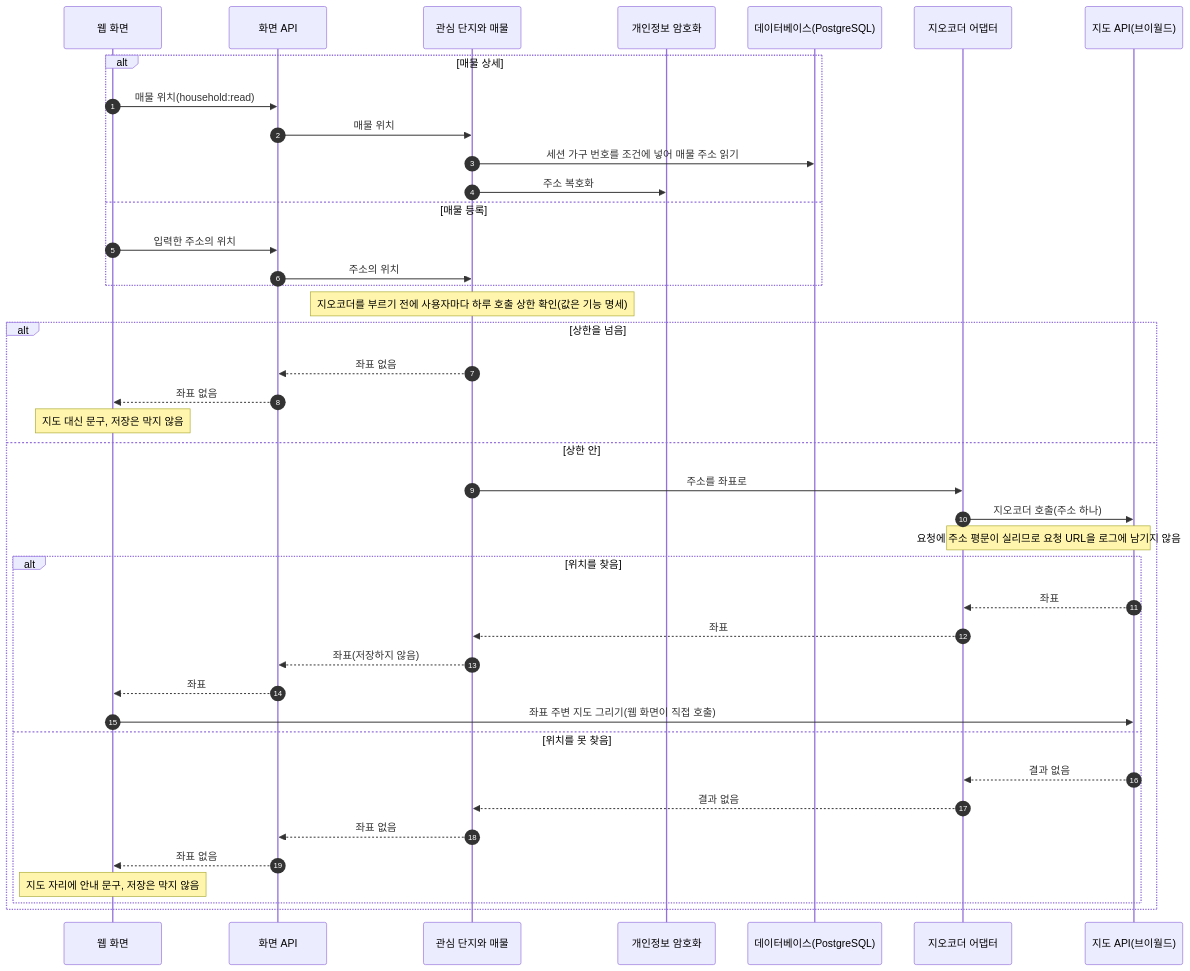
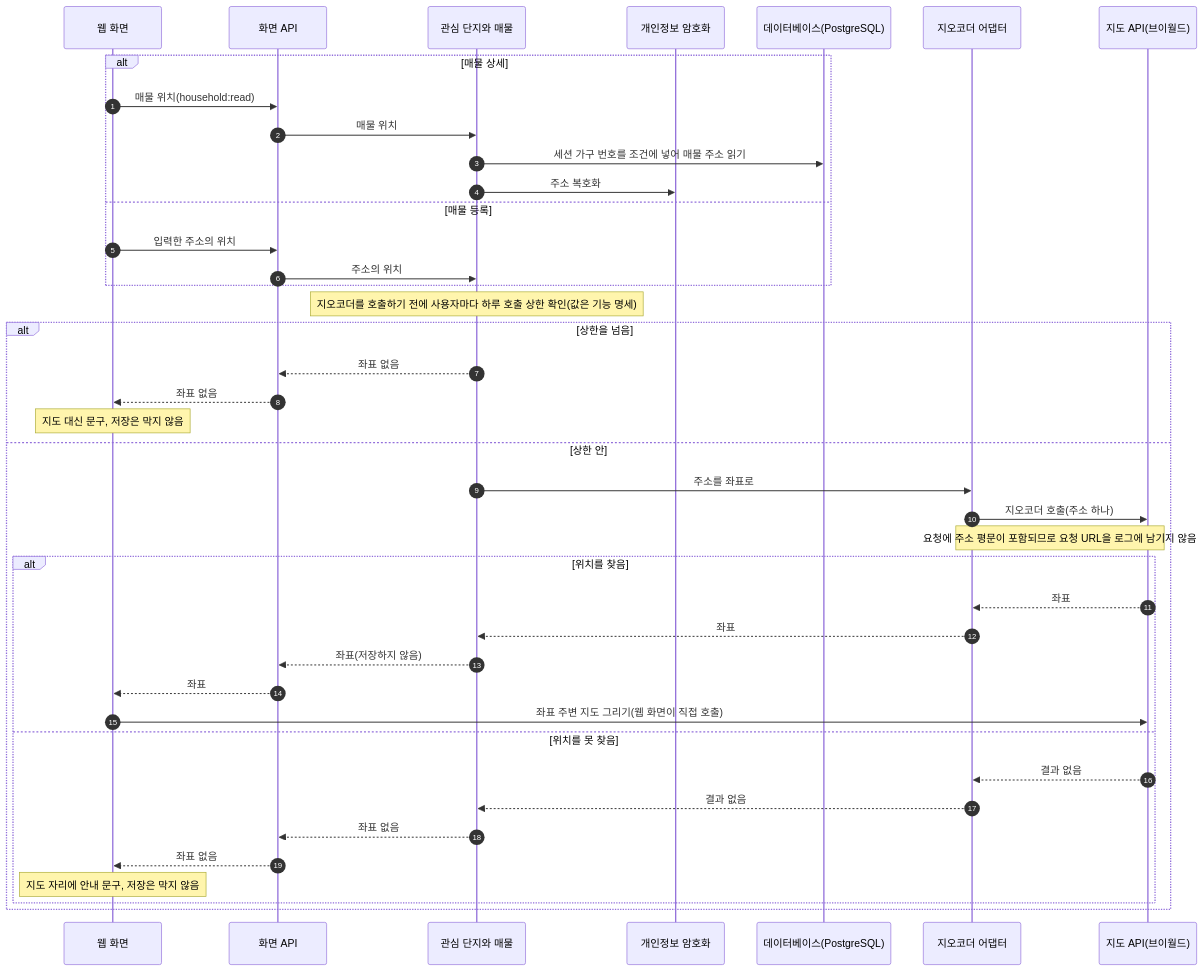
Before and after one commit to Park-Seung-Hun/real-estate: diagram 12 of 12 in docs/architecture/flows.md, drawn with Mermaid. The commit also changed other lines of this file and 22 other files, not shown here.

````diff
--- a/docs/architecture/flows.md
+++ b/docs/architecture/flows.md
@@ -543,44 +551,44 @@
 ```mermaid
 sequenceDiagram
   autonumber
   participant web as 웹 화면
   participant api as 화면 API
   participant listing as 관심 단지와 매물
   participant crypto as 개인정보 암호화
   participant db as 데이터베이스(PostgreSQL)
   participant geo as 지오코더 어댑터
   participant vworld as 지도 API(브이월드)
 
   alt 매물 상세
     web->>api: 매물 위치(household:read)
     api->>listing: 매물 위치
     listing->>db: 세션 가구 번호를 조건에 넣어 매물 주소 읽기
     listing->>crypto: 주소 복호화
   else 매물 등록
     web->>api: 입력한 주소의 위치
     api->>listing: 주소의 위치
   end
-  Note over listing: 지오코더를 부르기 전에 사용자마다 하루 호출 상한 확인(값은 기능 명세)
+  Note over listing: 지오코더를 호출하기 전에 사용자마다 하루 호출 상한 확인(값은 기능 명세)
   alt 상한을 넘음
     listing-->>api: 좌표 없음
     api-->>web: 좌표 없음
     Note over web: 지도 대신 문구, 저장은 막지 않음
   else 상한 안
   listing->>geo: 주소를 좌표로
   geo->>vworld: 지오코더 호출(주소 하나)
-  Note over geo,vworld: 요청에 주소 평문이 실리므로 요청 URL을 로그에 남기지 않음
+  Note over geo,vworld: 요청에 주소 평문이 포함되므로 요청 URL을 로그에 남기지 않음
   alt 위치를 찾음
     vworld-->>geo: 좌표
     geo-->>listing: 좌표
     listing-->>api: 좌표(저장하지 않음)
     api-->>web: 좌표
     web->>vworld: 좌표 주변 지도 그리기(웹 화면이 직접 호출)
   else 위치를 못 찾음
     vworld-->>geo: 결과 없음
     geo-->>listing: 결과 없음
     listing-->>api: 좌표 없음
     api-->>web: 좌표 없음
     Note over web: 지도 자리에 안내 문구, 저장은 막지 않음
   end
   end
 ```
````
